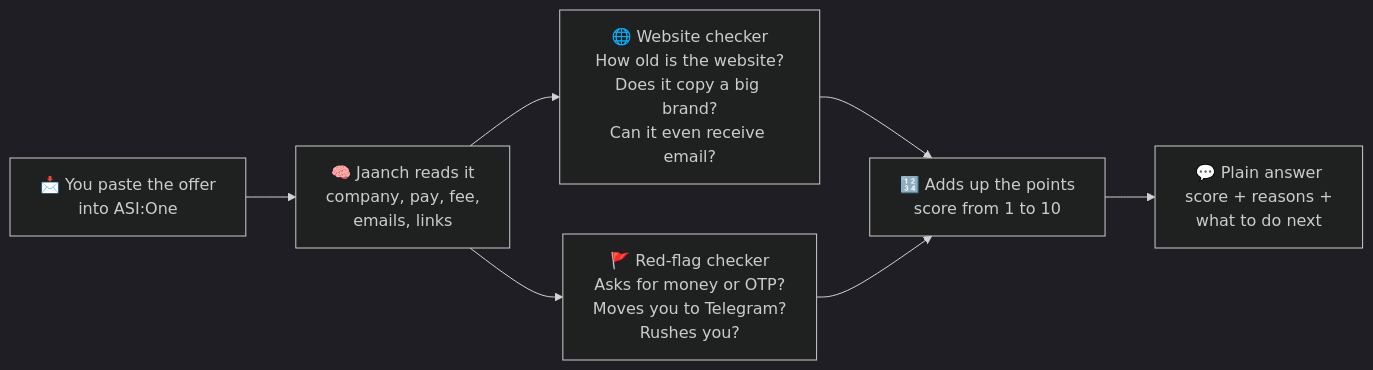
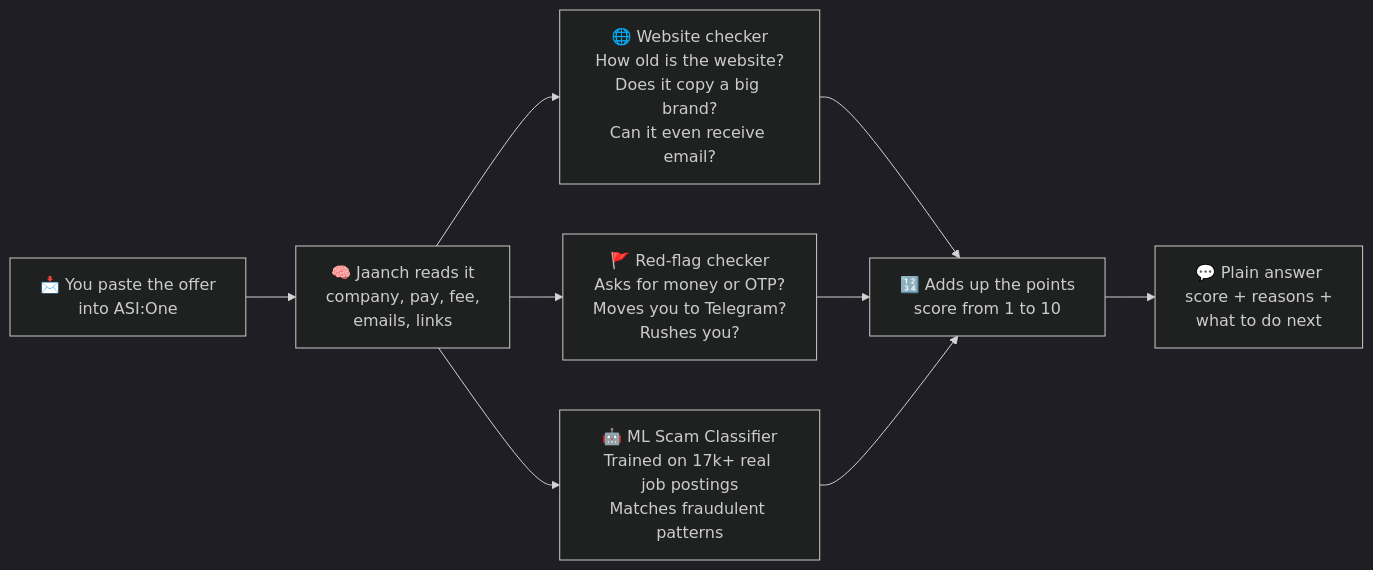
Before and after one commit to abhishekgoswami0720/jaanch: the first of 2 diagrams in README.md, drawn with Mermaid (dark theme). The commit also changed other lines of this file and 20 other files, not shown here.

````diff
--- a/README.md
+++ b/README.md
@@ -32,9 +32,11 @@
 ```mermaid
 flowchart LR
     A["📩 You paste the offer<br/>into ASI:One"] --> B["🧠 Jaanch reads it<br/>company, pay, fee,<br/>emails, links"]
     B --> C["🌐 Website checker<br/>How old is the website?<br/>Does it copy a big brand?<br/>Can it even receive email?"]
     B --> D["🚩 Red-flag checker<br/>Asks for money or OTP?<br/>Moves you to Telegram?<br/>Rushes you?"]
+    B --> ML["🤖 ML Scam Classifier<br/>Trained on 17k+ real job postings<br/>Matches fraudulent patterns"]
     C --> E["🔢 Adds up the points<br/>score from 1 to 10"]
     D --> E
+    ML --> E
     E --> F["💬 Plain answer<br/>score + reasons +<br/>what to do next"]
 ```
````
